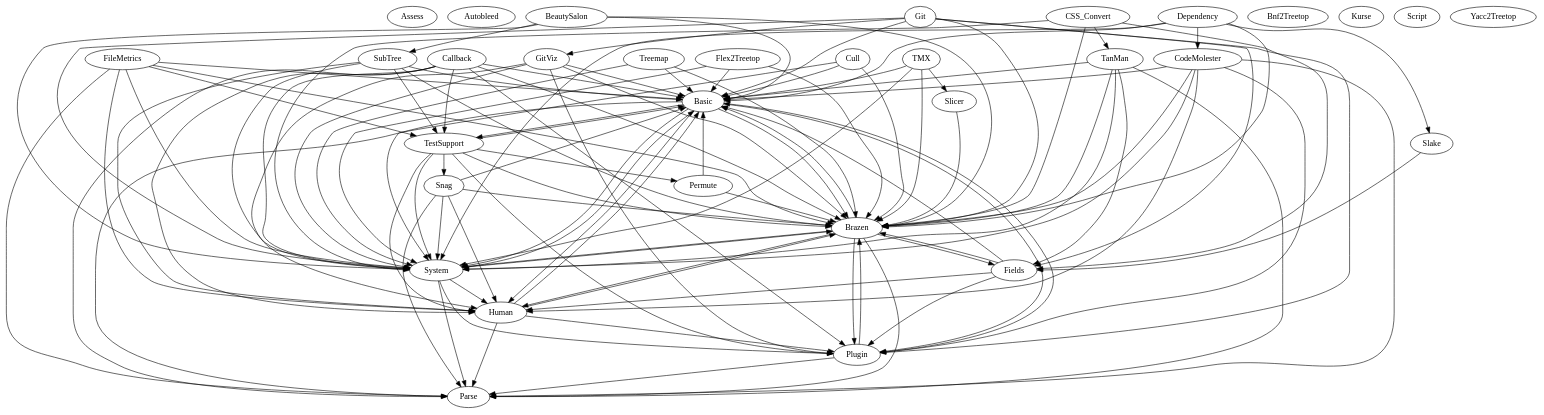
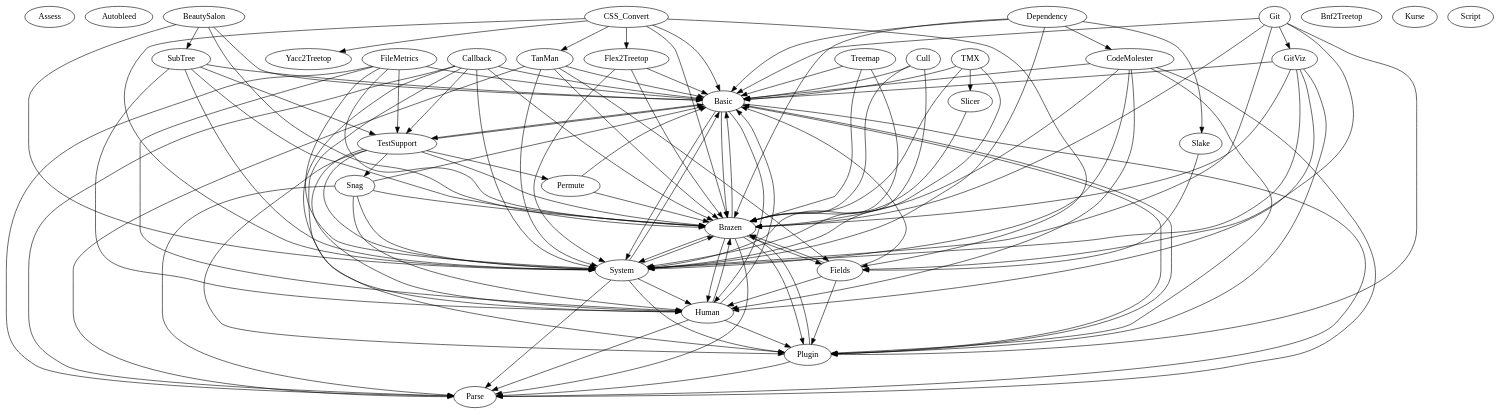
The diagram in lib/skylab/slicer/doc/issues/001-sidesystem-dependency-visualizations/01-use-this-one.dot (hipe/tmx), drawn with Graphviz before and after one commit. The commit also changed 47 other files, not shown here.

```diff
--- a/lib/skylab/slicer/doc/issues/001-sidesystem-dependency-visualizations/01-use-this-one.dot
+++ b/lib/skylab/slicer/doc/issues/001-sidesystem-dependency-visualizations/01-use-this-one.dot
@@ -1,144 +1,147 @@
 digraph {
   as [ label="Assess" ]
   au [ label="Autobleed" ]
   ba [ label="Basic" ]
   bs [ label="BeautySalon" ]
   b2 [ label="Bnf2Treetop" ]
   br [ label="Brazen" ]
   ca [ label="Callback" ]
   cm [ label="CodeMolester" ]
   cs [ label="CSS_Convert" ]
   cu [ label="Cull" ]
   de [ label="Dependency" ]
   fi [ label="Fields" ]
   fm [ label="FileMetrics" ]
   f2 [ label="Flex2Treetop" ]
   gi [ label="Git" ]
   gv [ label="GitViz" ]
   hu [ label="Human" ]
   ku [ label="Kurse" ]
   pa [ label="Parse" ]
   pe [ label="Permute" ]
   pl [ label="Plugin" ]
   sc [ label="Script" ]
   sla [ label="Slake" ]
   sli [ label="Slicer" ]
   sn [ label="Snag" ]
   st [ label="SubTree" ]
   sy [ label="System" ]
   tan [ label="TanMan" ]
   tmx [ label="TMX" ]
   ts [ label="TestSupport" ]
   tr [ label="Treemap" ]
   y2 [ label="Yacc2Treetop" ]
   ba -> br
   ba -> hu
   ba -> pa
   ba -> pl
   ba -> sy
   ba -> ts
   bs -> ba
   bs -> br
   bs -> st
   bs -> sy
   br -> ba
   br -> fi
   br -> hu
   br -> pa
   br -> pl
   br -> sy
   ca -> ba
   ca -> br
   ca -> hu
   ca -> pa
   ca -> pl
   ca -> sy
   ca -> ts
   cm -> ba
   cm -> br
   cm -> hu
   cm -> pa
   cm -> pl
   cm -> sy
+  cs -> ba
   cs -> br
   cs -> fi
+  cs -> f2
   cs -> sy
   cs -> tan
+  cs -> y2
   cu -> ba
   cu -> br
   cu -> sy
   de -> ba
   de -> br
   de -> cm
   de -> sla
   de -> sy
   fi -> ba
   fi -> br
   fi -> hu
   fi -> pl
   fm -> br
   fm -> ba
   fm -> hu
   fm -> pa
   fm -> sy
   fm -> ts
   f2 -> ba
   f2 -> br
   f2 -> sy
   gi -> ba
   gi -> br
   gi -> fi
   gi -> gv
   gi -> pl
   gi -> sy
   gv -> br
   gv -> ba
   gv -> hu
   gv -> pl
   gv -> sy
   hu -> ba
   hu -> br
   hu -> pa
   hu -> pl
   pe -> ba
   pe -> br
   pl -> ba
   pl -> br
   pl -> pa
   sla -> fi
   sli -> br
   sn -> ba
   sn -> br
   sn -> hu
   sn -> pa
   sn -> sy
   st -> ba
   st -> br
   st -> hu
   st -> sy
   st -> ts
   sy -> ba
   sy -> br
   sy -> hu
   sy -> pa
   sy -> pl
   tan -> ba
   tan -> br
   tan -> fi
   tan -> pa
   tan -> sy
   ts -> ba
   ts -> br
   ts -> pe
   ts -> pl
   ts -> sn
   ts -> hu
   ts -> sy
   tmx -> ba
   tmx -> br
   tmx -> sli
   tmx -> sy
   tr -> ba
   tr -> br
   tr -> sy
 }
```
